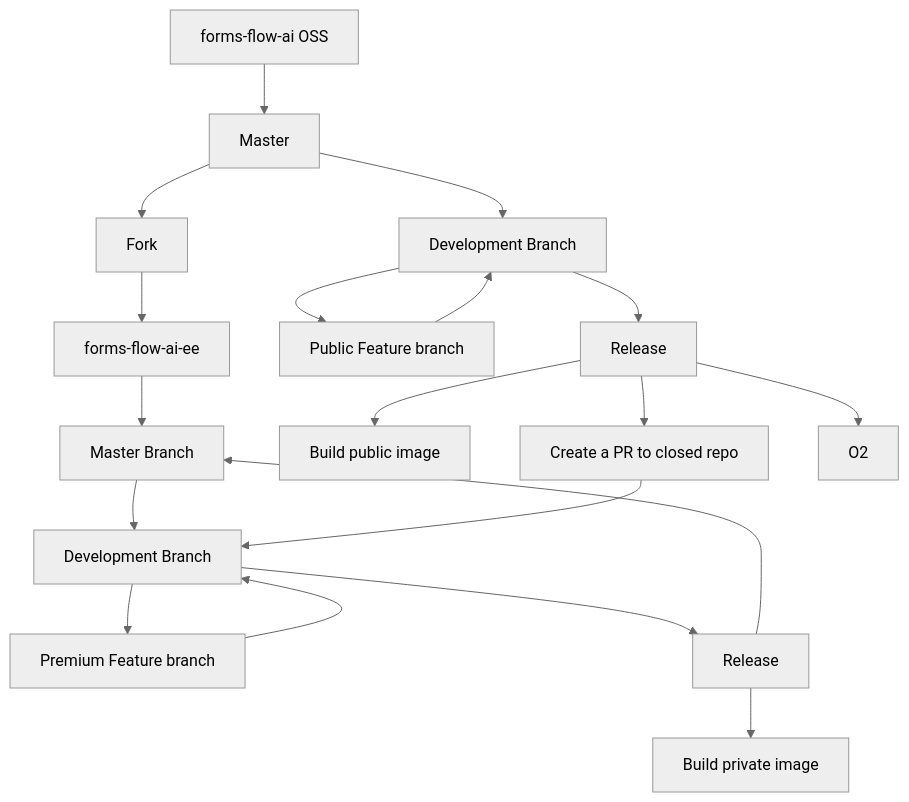
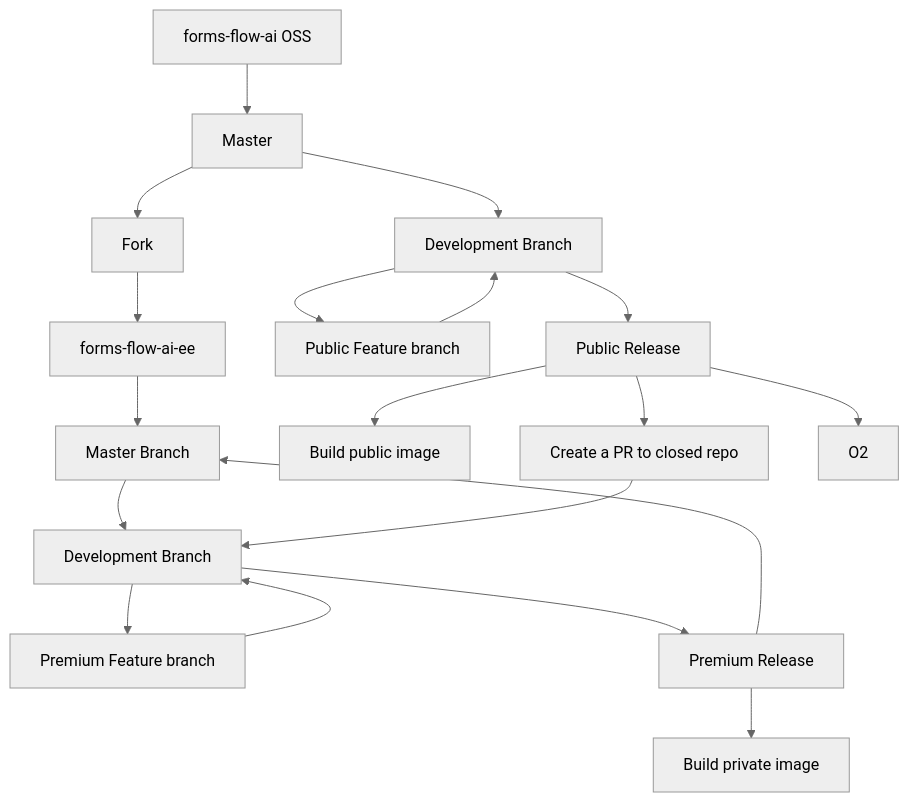
Before and after one commit to sumesh-aot/forms-flow-ai-rfcs: the second of 2 diagrams in rfcs/packaging-changes.md, drawn with Mermaid (neutral theme).

````diff
--- a/rfcs/packaging-changes.md
+++ b/rfcs/packaging-changes.md
@@ -40,23 +40,23 @@
 ```mermaid
 graph TD
   S1[forms-flow-ai OSS] --> C2[Master]
   C2 --> S2[Fork]
   S2 --> S3[forms-flow-ai-ee]
   S3 --> S4[Master Branch]
   S4 --> C3[Development Branch]
   C3 --> C4[Premium Feature branch]
   C4 --> C3
-  C3 --> C5[Release]
+  C3 --> C5[Premium Release]
   C5 --> C6[Build private image]
   C5 --> S4
 
   C2 --> O3[Development Branch]
   O3 --> O4[Public Feature branch]
   O4 --> O3
-  O3 --> O5[Release]
+  O3 --> O5[Public Release]
   O5 --> O6[Build public image]
   O5 --> O7[Create a PR to closed repo]
   O7 --> C3
   O5 --> O2
 
 ```
````
